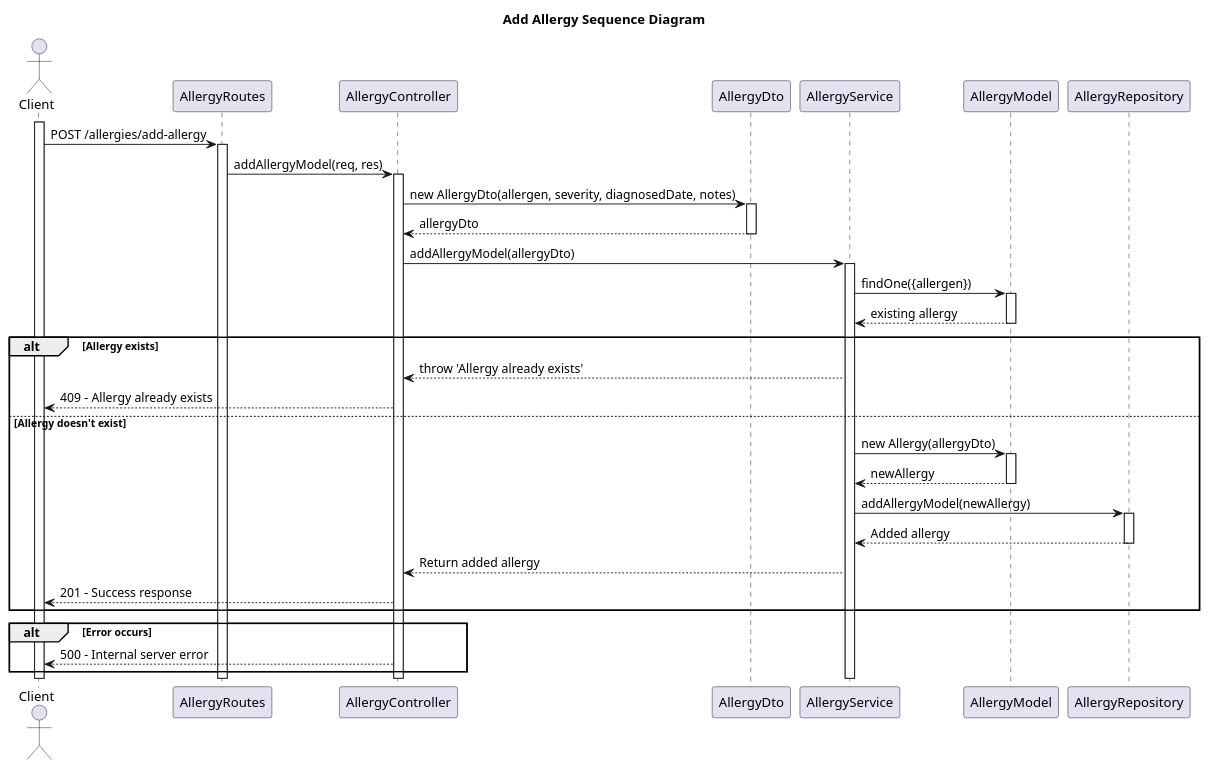
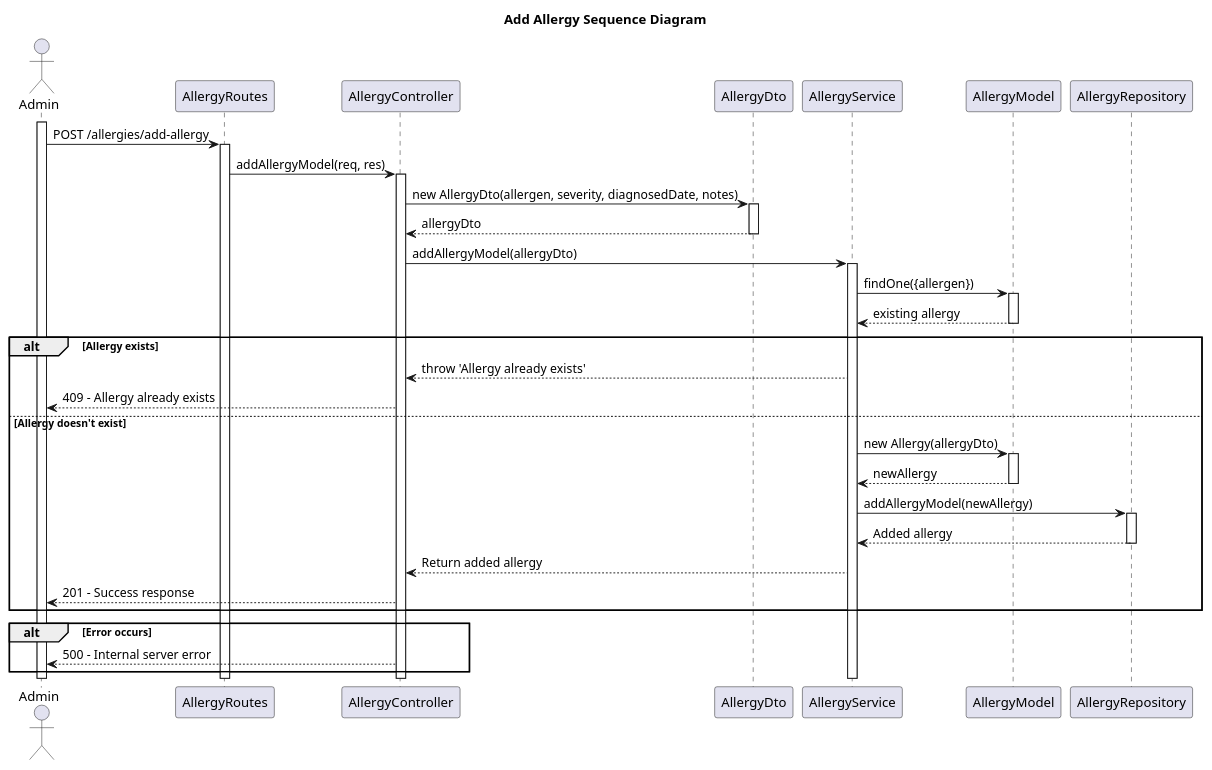
One commit to HugBar/3DC_G17 changed the diagram in docs/Sprint3/US 7.2.2/SD.puml. Above: the diagram before and after it, drawn with PlantUML. The commit also changed 9 other files, not shown here.

```diff
--- a/docs/Sprint3/US 7.2.2/SD.puml
+++ b/docs/Sprint3/US 7.2.2/SD.puml
@@ -1,59 +1,59 @@
 @startuml
 title "Add Allergy Sequence Diagram"
 
-actor Client
+actor Admin
 participant AllergyRoutes
 participant AllergyController
 participant AllergyDto
 participant AllergyService
 participant AllergyModel
 participant AllergyRepository
 
-activate Client
-Client -> AllergyRoutes: POST /allergies/add-allergy
+activate Admin
+Admin -> AllergyRoutes: POST /allergies/add-allergy
 activate AllergyRoutes
 
 AllergyRoutes -> AllergyController: addAllergyModel(req, res)
 activate AllergyController
 
 AllergyController -> AllergyDto: new AllergyDto(allergen, severity, diagnosedDate, notes)
 activate AllergyDto
 AllergyDto --> AllergyController: allergyDto
 deactivate AllergyDto
 
 AllergyController -> AllergyService: addAllergyModel(allergyDto)
 activate AllergyService
 
 AllergyService -> AllergyModel: findOne({allergen})
 activate AllergyModel
 AllergyModel --> AllergyService: existing allergy
 deactivate AllergyModel
 
 alt Allergy exists
     AllergyService --> AllergyController: throw 'Allergy already exists'
-    AllergyController --> Client: 409 - Allergy already exists
+    AllergyController --> Admin: 409 - Allergy already exists
 else Allergy doesn't exist
     AllergyService -> AllergyModel: new Allergy(allergyDto)
     activate AllergyModel
     AllergyModel --> AllergyService: newAllergy
     deactivate AllergyModel
 
     AllergyService -> AllergyRepository: addAllergyModel(newAllergy)
     activate AllergyRepository
     AllergyRepository --> AllergyService: Added allergy
     deactivate AllergyRepository
     
     AllergyService --> AllergyController: Return added allergy
-    AllergyController --> Client: 201 - Success response
+    AllergyController --> Admin: 201 - Success response
 end
 
 alt Error occurs
-    AllergyController --> Client: 500 - Internal server error
+    AllergyController --> Admin: 500 - Internal server error
 end
 
 deactivate AllergyService
 deactivate AllergyController
 deactivate AllergyRoutes
-deactivate Client
+deactivate Admin
 
 @enduml
```
